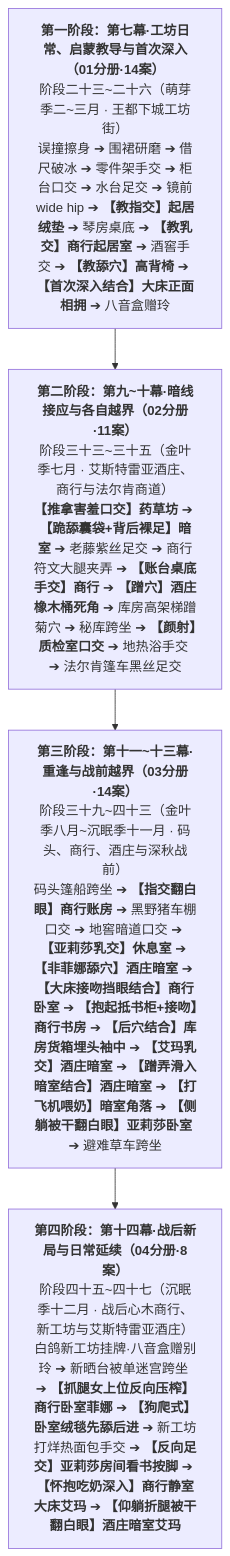
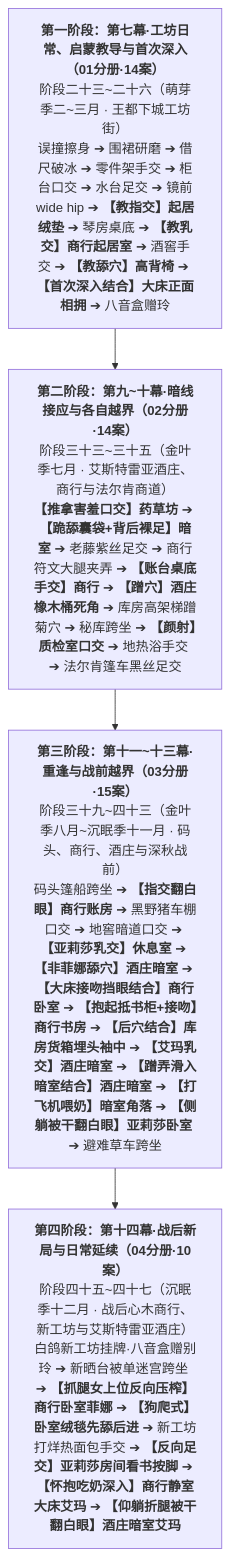
Before and after one commit to soranokiseki1437/eldoria-worldbook: the diagram in 方案/第二部/科林NSFW/00_科林主线剧情分布与全员关系线总纲.md, drawn with Mermaid. The commit also changed other lines of this file and 102 other files, not shown here.

````diff
--- a/方案/第二部/科林NSFW/00_科林主线剧情分布与全员关系线总纲.md
+++ b/方案/第二部/科林NSFW/00_科林主线剧情分布与全员关系线总纲.md
@@ -13,7 +13,7 @@
 ```mermaid
 graph TD
     A["<b>第一阶段：第七幕·工坊日常、启蒙教导与首次深入（01分册·14案）</b><br/>阶段二十三~二十六（萌芽季二~三月 · 王都下城工坊街）<br/>误撞擦身 ➔ 围裙研磨 ➔ 借尺破冰 ➔ 零件架手交 ➔ 柜台口交 ➔ 水台足交 ➔ 镜前wide hip ➔ <b>【教指交】起居绒垫</b> ➔ 琴房桌底 ➔ <b>【教乳交】商行起居室</b> ➔ 酒窖手交 ➔ <b>【教舔穴】高背椅</b> ➔ <b>【首次深入结合】大床正面相拥</b> ➔ 八音盒赠玲"]
-    --> B["<b>第二阶段：第九~十幕·暗线接应与各自越界（02分册·11案）</b><br/>阶段三十三~三十五（金叶季七月 · 艾斯特雷亚酒庄、商行与法尔肯商道）<br/><b>【推拿害羞口交】药草坊</b> ➔ <b>【跪舔囊袋+背后裸足】暗室</b> ➔ 老藤紫丝足交 ➔ 商行符文大腿夹弄 ➔ <b>【账台桌底手交】商行</b> ➔ <b>【蹭穴】酒庄橡木桶死角</b> ➔ 库房高架梯蹭菊穴 ➔ 秘库跨坐 ➔ <b>【颜射】质检室口交</b> ➔ 地热浴手交 ➔ 法尔肯篷车黑丝足交"]
-    --> C["<b>第三阶段：第十一~十三幕·重逢与战前越界（03分册·14案）</b><br/>阶段三十九~四十三（金叶季八月~沉眠季十一月 · 码头、商行、酒庄与深秋战前）<br/>码头篷船跨坐 ➔ <b>【指交翻白眼】商行账房</b> ➔ 黑野猪车棚口交 ➔ 地窖暗道口交 ➔ <b>【亚莉莎乳交】休息室</b> ➔ <b>【非菲娜舔穴】酒庄暗室</b> ➔ <b>【大床接吻挡眼结合】商行卧室</b> ➔ <b>【抱起抵书柜+接吻】商行书房</b> ➔ <b>【后穴结合】库房货箱埋头袖中</b> ➔ <b>【艾玛乳交】酒庄暗室</b> ➔ <b>【蹭弄滑入暗室结合】酒庄暗室</b> ➔ <b>【打飞机喂奶】暗室角落</b> ➔ <b>【侧躺被干翻白眼】亚莉莎卧室</b> ➔ 避难草车跨坐"]
-    --> D["<b>第四阶段：第十四幕·战后新局与日常延续（04分册·8案）</b><br/>阶段四十五~四十七（沉眠季十二月 · 战后心木商行、新工坊与艾斯特雷亚酒庄）<br/>白鸽新工坊挂牌·八音盒赠别玲 ➔ 新晒台被单迷宫跨坐 ➔ <b>【抓腿女上位反向压榨】商行卧室菲娜</b> ➔ <b>【狗爬式】卧室绒毯先舔后进</b> ➔ 新工坊打烊热面包手交 ➔ <b>【反向足交】亚莉莎房间看书按脚</b> ➔ <b>【怀抱吃奶深入】商行静室大床艾玛</b> ➔ <b>【仰躺折腿被干翻白眼】酒庄暗室艾玛</b>"]
+    --> B["<b>第二阶段：第九~十幕·暗线接应与各自越界（02分册·14案）</b><br/>阶段三十三~三十五（金叶季七月 · 艾斯特雷亚酒庄、商行与法尔肯商道）<br/><b>【推拿害羞口交】药草坊</b> ➔ <b>【跪舔囊袋+背后裸足】暗室</b> ➔ 老藤紫丝足交 ➔ 商行符文大腿夹弄 ➔ <b>【账台桌底手交】商行</b> ➔ <b>【蹭穴】酒庄橡木桶死角</b> ➔ 库房高架梯蹭菊穴 ➔ 秘库跨坐 ➔ <b>【颜射】质检室口交</b> ➔ 地热浴手交 ➔ 法尔肯篷车黑丝足交"]
+    --> C["<b>第三阶段：第十一~十三幕·重逢与战前越界（03分册·15案）</b><br/>阶段三十九~四十三（金叶季八月~沉眠季十一月 · 码头、商行、酒庄与深秋战前）<br/>码头篷船跨坐 ➔ <b>【指交翻白眼】商行账房</b> ➔ 黑野猪车棚口交 ➔ 地窖暗道口交 ➔ <b>【亚莉莎乳交】休息室</b> ➔ <b>【非菲娜舔穴】酒庄暗室</b> ➔ <b>【大床接吻挡眼结合】商行卧室</b> ➔ <b>【抱起抵书柜+接吻】商行书房</b> ➔ <b>【后穴结合】库房货箱埋头袖中</b> ➔ <b>【艾玛乳交】酒庄暗室</b> ➔ <b>【蹭弄滑入暗室结合】酒庄暗室</b> ➔ <b>【打飞机喂奶】暗室角落</b> ➔ <b>【侧躺被干翻白眼】亚莉莎卧室</b> ➔ 避难草车跨坐"]
+    --> D["<b>第四阶段：第十四幕·战后新局与日常延续（04分册·10案）</b><br/>阶段四十五~四十七（沉眠季十二月 · 战后心木商行、新工坊与艾斯特雷亚酒庄）<br/>白鸽新工坊挂牌·八音盒赠别玲 ➔ 新晒台被单迷宫跨坐 ➔ <b>【抓腿女上位反向压榨】商行卧室菲娜</b> ➔ <b>【狗爬式】卧室绒毯先舔后进</b> ➔ 新工坊打烊热面包手交 ➔ <b>【反向足交】亚莉莎房间看书按脚</b> ➔ <b>【怀抱吃奶深入】商行静室大床艾玛</b> ➔ <b>【仰躺折腿被干翻白眼】酒庄暗室艾玛</b>"]
 ```
````
